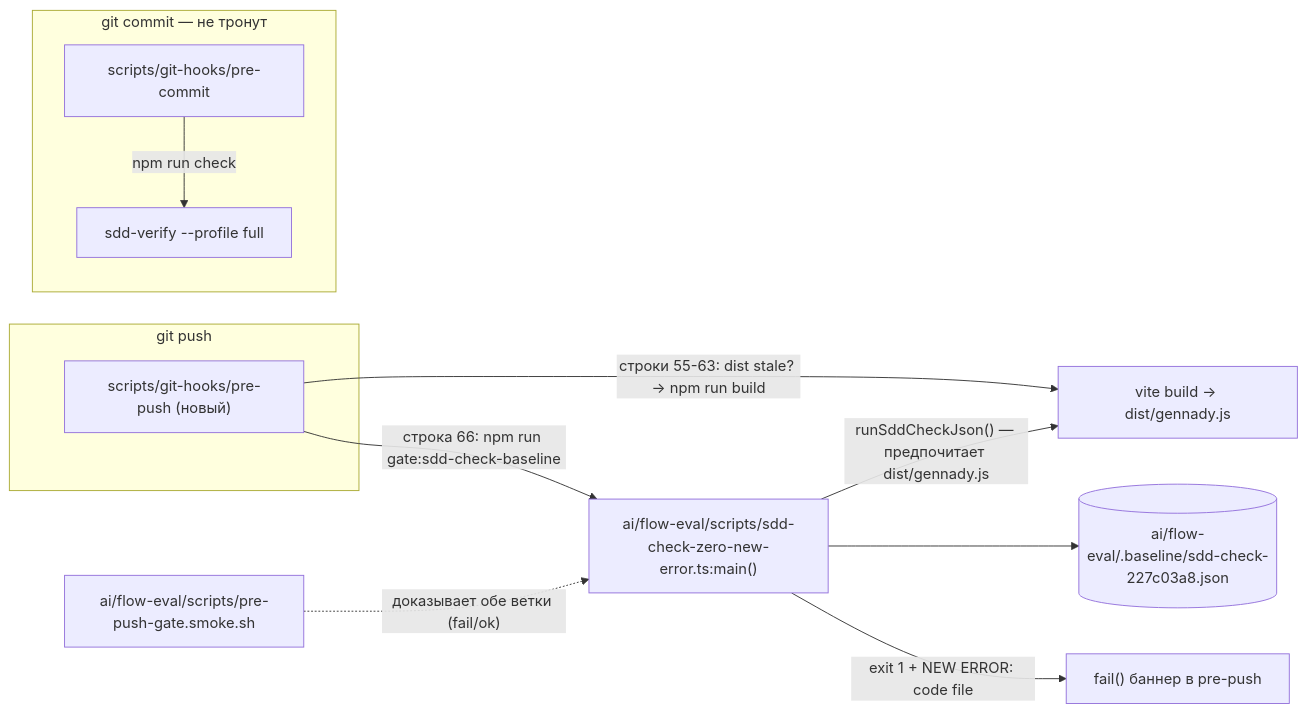
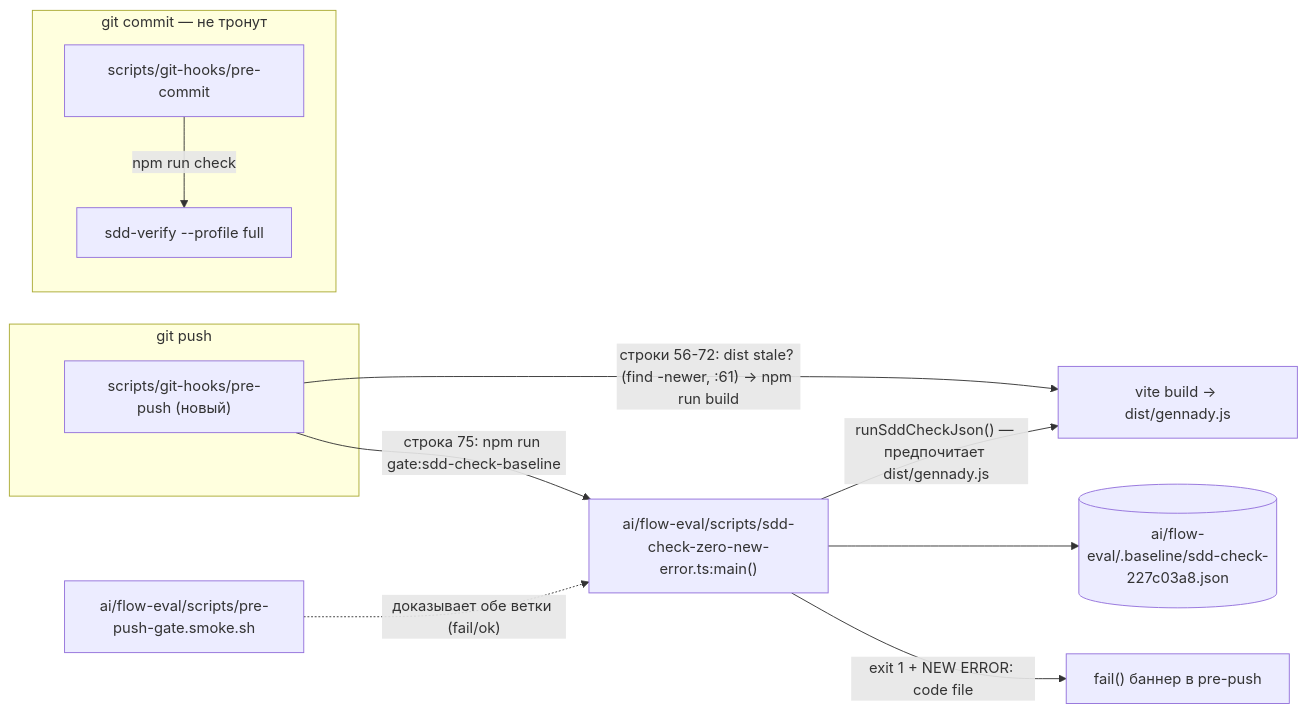
The second of 2 diagrams in ai/drafts/research/sdd-v1-to-v2-transfer/_raw/reports/R-02-GAP-B-2.md (RubaXa/gennady), drawn with Mermaid before and after one commit. The commit also changed other lines of this file and 2 other files, not shown here.

Commit message:
docs(sdd-v2-transfer): GAP-B-2, REL-19 ВЫПОЛНЕНО

````diff
--- a/ai/drafts/research/sdd-v1-to-v2-transfer/_raw/reports/R-02-GAP-B-2.md
+++ b/ai/drafts/research/sdd-v1-to-v2-transfer/_raw/reports/R-02-GAP-B-2.md
@@ -59,15 +59,15 @@
 ```mermaid
 flowchart LR
   subgraph push["git push"]
     PP["scripts/git-hooks/pre-push (новый)"]
   end
-  PP -->|"строки 55-63: dist stale? → npm run build"| BUILD["vite build → dist/gennady.js"]
-  PP -->|"строка 66: npm run gate:sdd-check-baseline"| GATE["ai/flow-eval/scripts/sdd-check-zero-new-error.ts:main()"]
+  PP -->|"строки 56-72: dist stale? (find -newer, :61) → npm run build"| BUILD["vite build → dist/gennady.js"]
+  PP -->|"строка 75: npm run gate:sdd-check-baseline"| GATE["ai/flow-eval/scripts/sdd-check-zero-new-error.ts:main()"]
   GATE -->|"runSddCheckJson() — предпочитает dist/gennady.js"| BUILD
   GATE --> BASE[("ai/flow-eval/.baseline/sdd-check-227c03a8.json")]
   GATE -->|"exit 1 + NEW ERROR: code file"| FAIL["fail() баннер в pre-push"]
   SMOKE["ai/flow-eval/scripts/pre-push-gate.smoke.sh"] -.->|"доказывает обе ветки (fail/ok)"| GATE
   subgraph commit["git commit — не тронут"]
     PC["scripts/git-hooks/pre-commit"] -->|"npm run check"| SV["sdd-verify --profile full"]
   end
 ```
````
